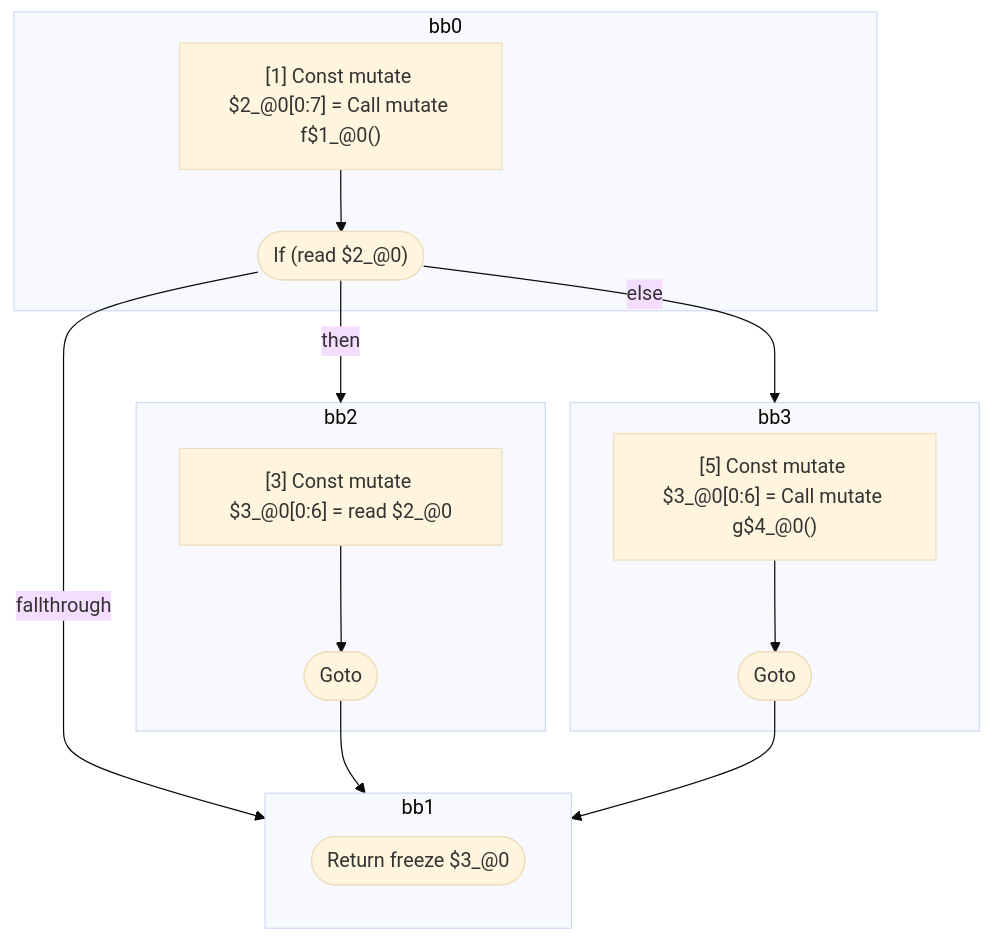
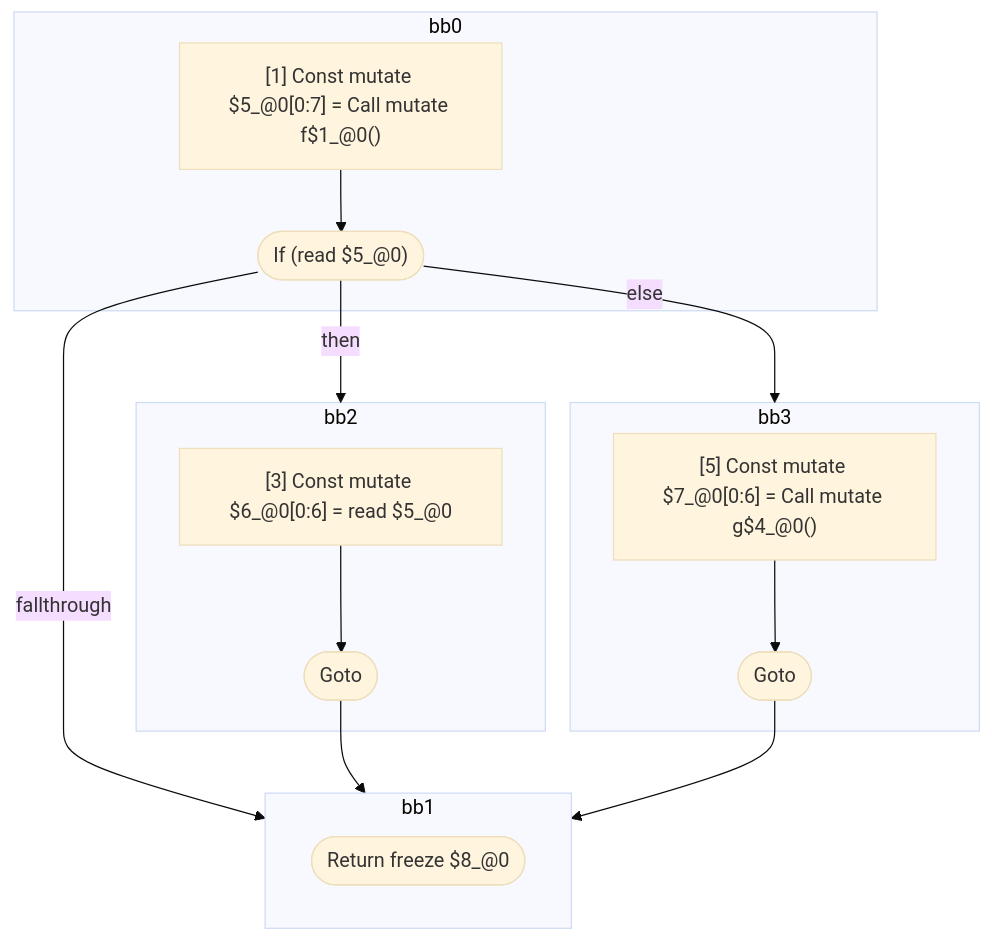
One commit to wutsmog/private changed the second of 5 diagrams in compiler/forget/src/__tests__/fixtures/hir/logical-expression.expect.md. Above: the diagram before and after it, drawn with Mermaid (base theme). The commit also changed other lines of this file and 59 other files, not shown here.

````diff
--- a/compiler/forget/src/__tests__/fixtures/hir/logical-expression.expect.md
+++ b/compiler/forget/src/__tests__/fixtures/hir/logical-expression.expect.md
@@ -109,33 +111,33 @@
 ```mermaid
 flowchart TB
   %% Basic Blocks
   subgraph bb0
     bb0_instrs["
-      [1] Const mutate $2_@0[0:7] = Call mutate f$1_@0()
+      [1] Const mutate $5_@0[0:7] = Call mutate f$1_@0()
     "]
-    bb0_instrs --> bb0_terminal(["If (read $2_@0)"])
+    bb0_instrs --> bb0_terminal(["If (read $5_@0)"])
   end
   subgraph bb2
     bb2_instrs["
-      [3] Const mutate $3_@0[0:6] = read $2_@0
+      [3] Const mutate $6_@0[0:6] = read $5_@0
     "]
     bb2_instrs --> bb2_terminal(["Goto"])
   end
   subgraph bb3
     bb3_instrs["
-      [5] Const mutate $3_@0[0:6] = Call mutate g$4_@0()
+      [5] Const mutate $7_@0[0:6] = Call mutate g$4_@0()
     "]
     bb3_instrs --> bb3_terminal(["Goto"])
   end
   subgraph bb1
-    bb1_terminal(["Return freeze $3_@0"])
+    bb1_terminal(["Return freeze $8_@0"])
   end
 
   %% Jumps
   bb0_terminal -- "then" --> bb2
   bb0_terminal -- "else" --> bb3
   bb0_terminal -- "fallthrough" --> bb1
   bb2_terminal --> bb1
   bb3_terminal --> bb1
 
 ```
````
